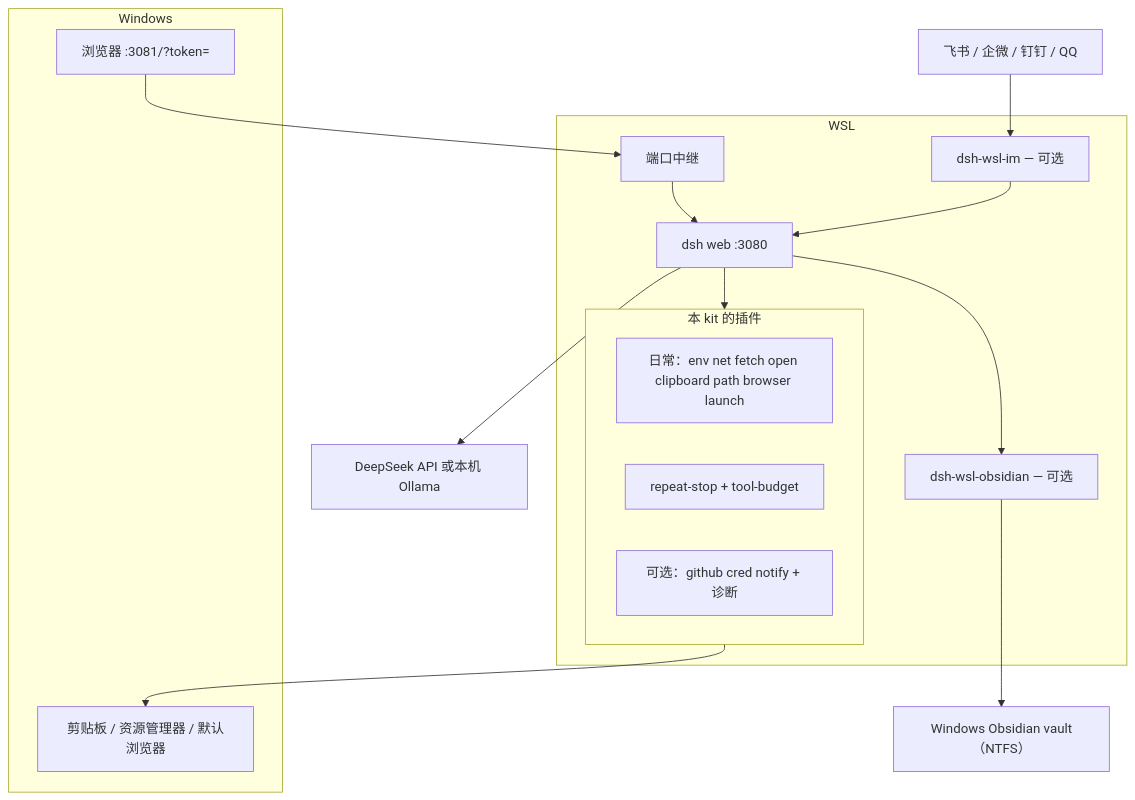
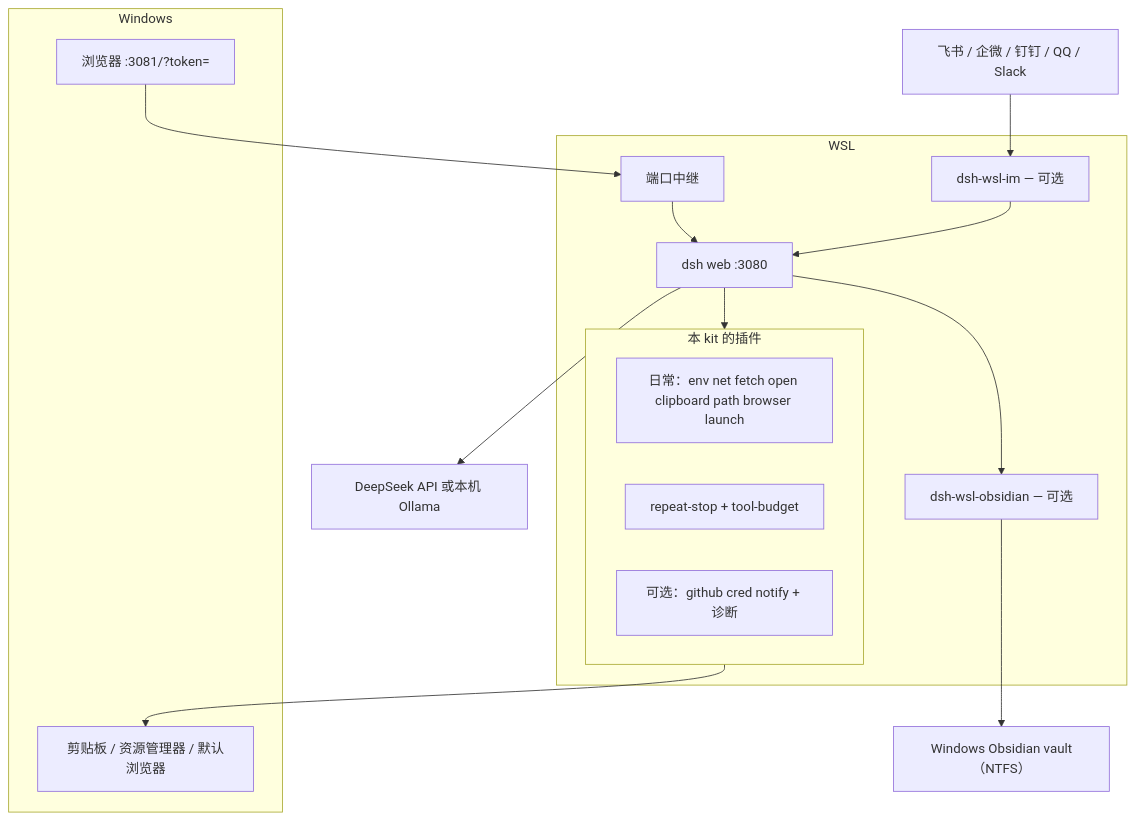
The diagram in README.zh.md (173787247/dsh-wsl-kit), drawn with Mermaid before and after one commit. The commit also changed other lines of this file and 1 other file, not shown here.

First line of the commit message:
docs: note dsh-wsl-im 0.3.0 Slack Socket Mode in the kit.

````diff
--- a/README.zh.md
+++ b/README.zh.md
@@ -15,29 +15,29 @@
 ```mermaid
 flowchart TB
   subgraph win [Windows]
     browser["浏览器 :3081/?token="]
     host["剪贴板 / 资源管理器 / 默认浏览器"]
   end
   subgraph wslbox [WSL]
     relay["端口中继"]
     dsh["dsh web :3080"]
     subgraph plugins [本 kit 的插件]
       daily["日常：env net fetch open clipboard path browser launch"]
       guards["repeat-stop + tool-budget"]
       more["可选：github cred notify + 诊断"]
     end
     im["dsh-wsl-im — 可选"]
     obsidian["dsh-wsl-obsidian — 可选"]
   end
   llm["DeepSeek API 或本机 Ollama"]
-  chats["飞书 / 企微 / 钉钉 / QQ"]
+  chats["飞书 / 企微 / 钉钉 / QQ / Slack"]
   vault["Windows Obsidian vault（NTFS）"]
 
   browser --> relay --> dsh
   dsh --> plugins
   dsh --> llm
   plugins --> host
   chats --> im --> dsh
   obsidian --> vault
   dsh --> obsidian
 ```
````
